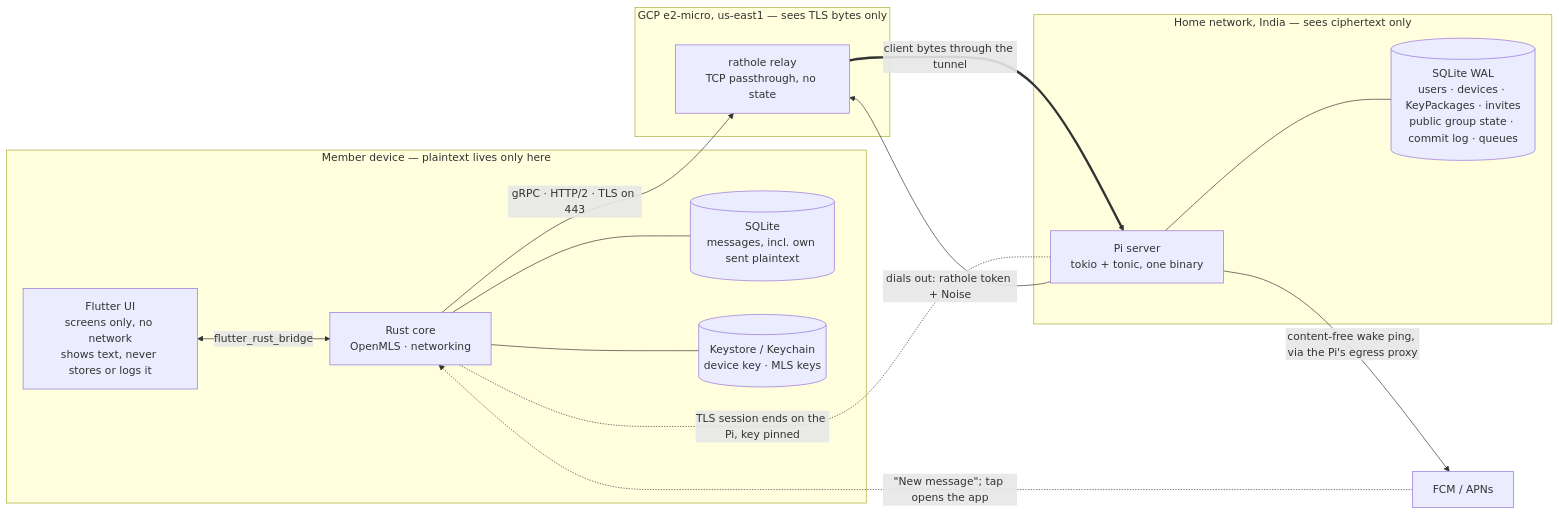
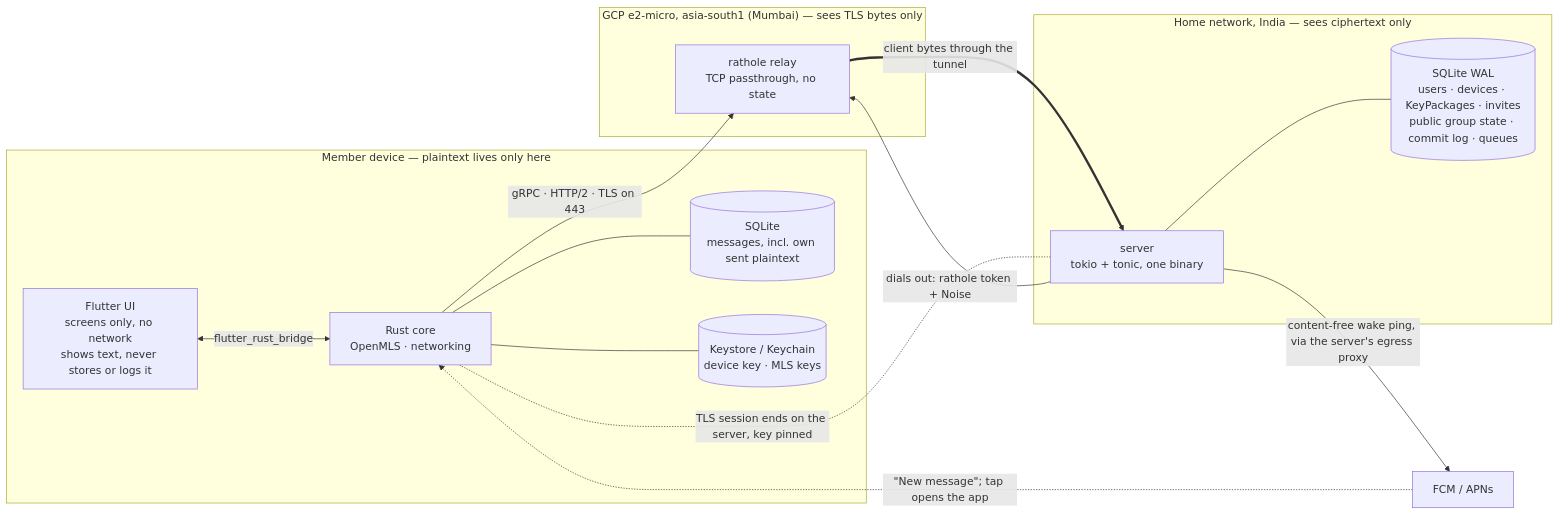
The first of 4 diagrams in docs/architecture-decisions.md (koppathachan/vyajena), drawn with Mermaid before and after one commit. The commit also changed other lines of this file and 443 other files, not shown here.

First line of the commit message:
Resume token, Mumbai relay config, generic naming (#13)

````diff
--- a/docs/architecture-decisions.md
+++ b/docs/architecture-decisions.md
@@ -44,31 +44,31 @@
 ```mermaid
 flowchart LR
   subgraph device["Member device — plaintext lives only here"]
     ui["Flutter UI<br/>screens only, no network<br/>shows text, never stores or logs it"]
     core["Rust core<br/>OpenMLS · networking"]
     db[("SQLite<br/>messages, incl. own sent plaintext")]
     ks[("Keystore / Keychain<br/>device key · MLS keys")]
     ui <-->|"flutter_rust_bridge"| core
     core --- db
     core --- ks
   end
 
-  subgraph gcp["GCP e2-micro, us-east1 — sees TLS bytes only"]
+  subgraph gcp["GCP e2-micro, asia-south1 (Mumbai) — sees TLS bytes only"]
     relay["rathole relay<br/>TCP passthrough, no state"]
   end
 
   subgraph home["Home network, India — sees ciphertext only"]
-    pi["Pi server<br/>tokio + tonic, one binary"]
+    server["server<br/>tokio + tonic, one binary"]
     pidb[("SQLite WAL<br/>users · devices · KeyPackages · invites<br/>public group state · commit log · queues")]
-    pi --- pidb
+    server --- pidb
   end
 
   push["FCM / APNs"]
 
   core -->|"gRPC · HTTP/2 · TLS on 443"| relay
-  pi -->|"dials out: rathole token + Noise"| relay
-  relay ==>|"client bytes through the tunnel"| pi
-  core -. "TLS session ends on the Pi, key pinned" .- pi
-  pi -->|"content-free wake ping, via the Pi's egress proxy"| push
+  server -->|"dials out: rathole token + Noise"| relay
+  relay ==>|"client bytes through the tunnel"| server
+  core -. "TLS session ends on the server, key pinned" .- server
+  server -->|"content-free wake ping, via the server's egress proxy"| push
   push -.->|"&quot;New message&quot;; tap opens the app"| core
 ```
````
